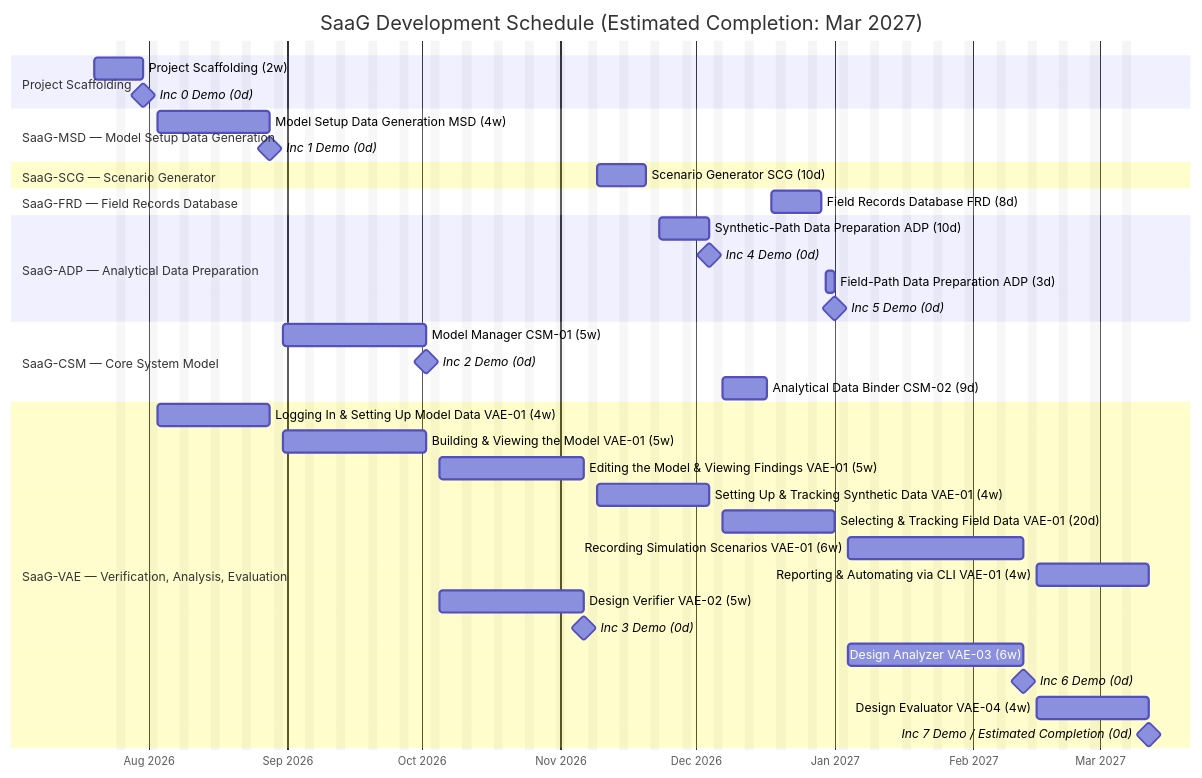
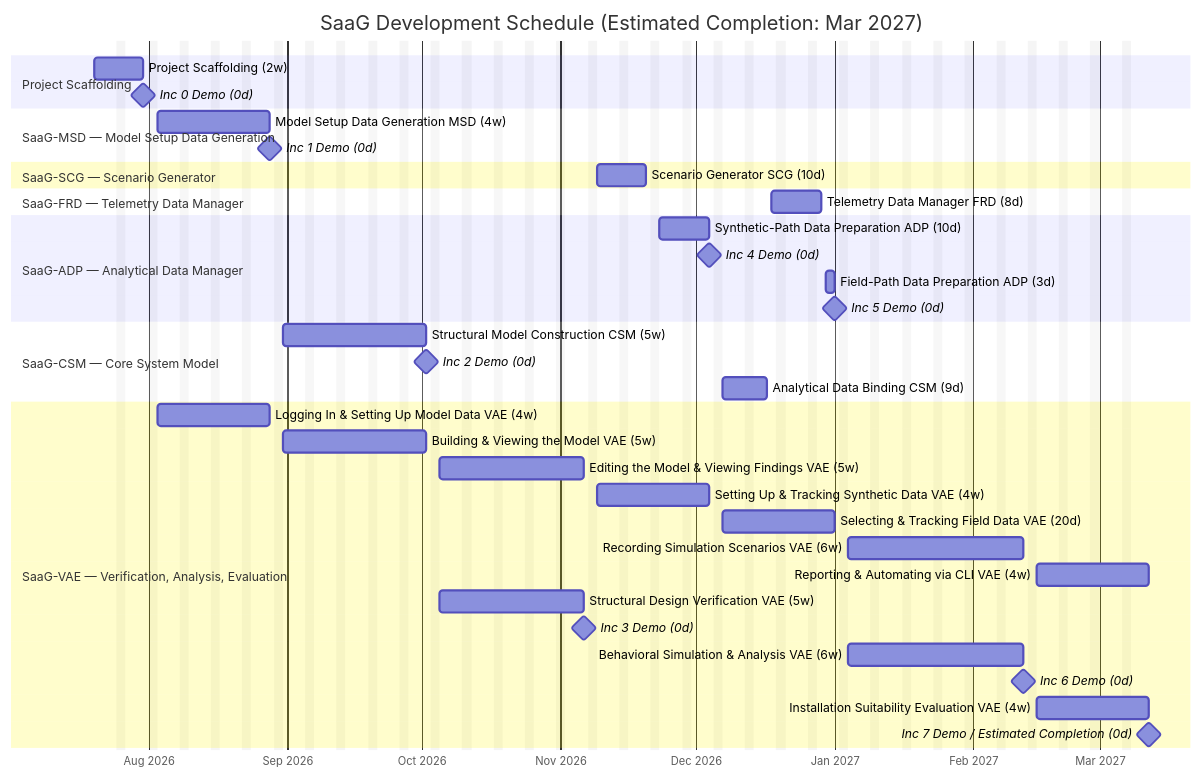
One commit to onuralpyigit/system-as-a-graph changed the diagram in docs/planning/SDP.md. Above: the diagram before and after it, drawn with Mermaid. The commit also changed other lines of this file and 8 other files, not shown here.

````diff
--- a/docs/planning/SDP.md
+++ b/docs/planning/SDP.md
@@ -296,48 +298,48 @@
 ```mermaid
 %%{init: { 'themeVariables': { 'excludeBkgColor': 'rgba(128,128,128,0.08)' } } }%%
 gantt
     title SaaG Development Schedule (Estimated Completion: Mar 2027)
     dateFormat YYYY-MM-DD
     axisFormat %b %Y
     excludes weekends
 
     section Project Scaffolding
     Project Scaffolding (2w)      :scaffold1, 2026-07-20, 2026-07-31
     Inc 0 Demo (0d)               :milestone, demo0, after scaffold1, 0d
 
     section SaaG-MSD — Model Setup Data Generation
     Model Setup Data Generation MSD (4w)               :msd, 2026-08-03, 2026-08-28
     Inc 1 Demo (0d)                                    :milestone, demo1, after msd, 0d
 
     section SaaG-SCG — Scenario Generator
     Scenario Generator SCG (10d)                       :scg, 2026-11-09, 2026-11-20
 
-    section SaaG-FRD — Field Records Database
-    Field Records Database FRD (8d)                    :frd, 2026-12-18, 2026-12-29
+    section SaaG-FRD — Telemetry Data Manager
+    Telemetry Data Manager FRD (8d)                    :frd, 2026-12-18, 2026-12-29
 
-    section SaaG-ADP — Analytical Data Preparation
+    section SaaG-ADP — Analytical Data Manager
     Synthetic-Path Data Preparation ADP (10d)          :adpa, 2026-11-23, 2026-12-04
     Inc 4 Demo (0d)                                    :milestone, demo4, after adpa, 0d
     Field-Path Data Preparation ADP (3d)                :adpb, 2026-12-30, 2027-01-01
     Inc 5 Demo (0d)                                    :milestone, demo5, after adpb, 0d
 
     section SaaG-CSM — Core System Model
-    Model Manager CSM-01 (5w)                          :csm01, 2026-08-31, 2026-10-02
+    Structural Model Construction CSM (5w)             :csm01, 2026-08-31, 2026-10-02
     Inc 2 Demo (0d)                                    :milestone, demo2, after csm01, 0d
-    Analytical Data Binder CSM-02 (9d)                 :csm02, 2026-12-07, 2026-12-17
+    Analytical Data Binding CSM (9d)                   :csm02, 2026-12-07, 2026-12-17
 
     section SaaG-VAE — Verification, Analysis, Evaluation
-    Logging In & Setting Up Model Data VAE-01 (4w)       :vae01a, 2026-08-03, 2026-08-28
-    Building & Viewing the Model VAE-01 (5w)               :vae01b, 2026-08-31, 2026-10-02
-    Editing the Model & Viewing Findings VAE-01 (5w)       :vae01c, 2026-10-05, 2026-11-06
-    Setting Up & Tracking Synthetic Data VAE-01 (4w) :vae01de, 2026-11-09, 2026-12-04
-    Selecting & Tracking Field Data VAE-01 (20d) :vae01f, 2026-12-07, 2027-01-01
-    Recording Simulation Scenarios VAE-01 (6w)           :vae01g, 2027-01-04, 2027-02-12
-    Reporting & Automating via CLI VAE-01 (4w)             :vae01h, 2027-02-15, 2027-03-12
-    Design Verifier VAE-02 (5w)                        :vae02, 2026-10-05, 2026-11-06
+    Logging In & Setting Up Model Data VAE (4w)        :vae01a, 2026-08-03, 2026-08-28
+    Building & Viewing the Model VAE (5w)               :vae01b, 2026-08-31, 2026-10-02
+    Editing the Model & Viewing Findings VAE (5w)       :vae01c, 2026-10-05, 2026-11-06
+    Setting Up & Tracking Synthetic Data VAE (4w) :vae01de, 2026-11-09, 2026-12-04
+    Selecting & Tracking Field Data VAE (20d) :vae01f, 2026-12-07, 2027-01-01
+    Recording Simulation Scenarios VAE (6w)           :vae01g, 2027-01-04, 2027-02-12
+    Reporting & Automating via CLI VAE (4w)             :vae01h, 2027-02-15, 2027-03-12
+    Structural Design Verification VAE (5w)            :vae02, 2026-10-05, 2026-11-06
     Inc 3 Demo (0d)                                    :milestone, demo3, after vae02, 0d
-    Design Analyzer VAE-03 (6w)                         :vae03, 2027-01-04, 2027-02-12
+    Behavioral Simulation & Analysis VAE (6w)          :vae03, 2027-01-04, 2027-02-12
     Inc 6 Demo (0d)                                    :milestone, demo6, after vae03, 0d
-    Design Evaluator VAE-04 (4w)                       :vae04, 2027-02-15, 2027-03-12
+    Installation Suitability Evaluation VAE (4w)      :vae04, 2027-02-15, 2027-03-12
     Inc 7 Demo / Estimated Completion (0d)             :milestone, completion, after vae04, 0d
 ```
````
